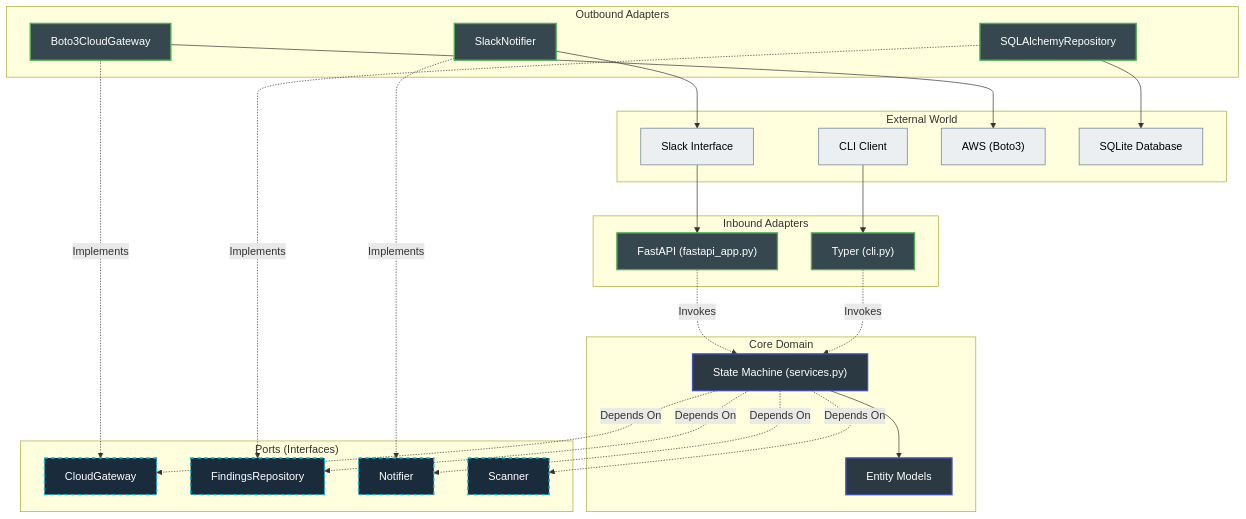
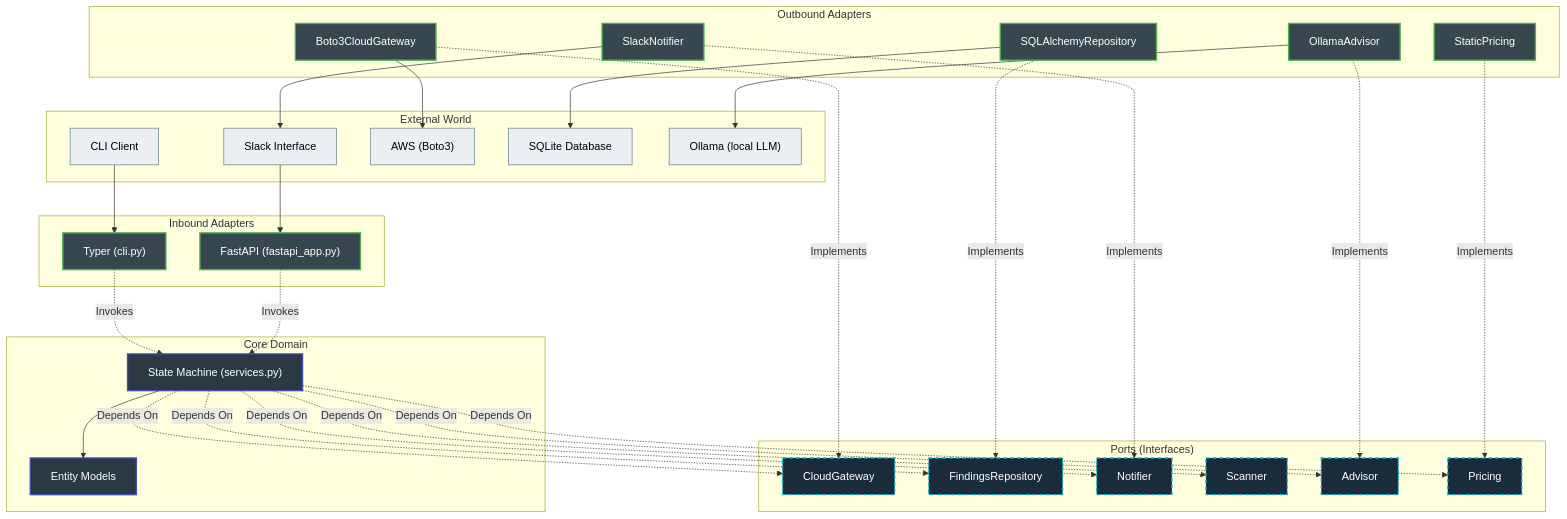
One commit to boazleleina/finops-sentinel changed the first of 2 diagrams in README.md. Above: the diagram before and after it, drawn with Mermaid. The commit also changed other lines of this file and 36 other files, not shown here.

Commit message:
feat: implement Phase 4 Part A (Ollama Advisor & ec2_idle scanner)

````diff
--- a/README.md
+++ b/README.md
@@ -19,61 +19,71 @@
 ```mermaid
 flowchart TD
     %% Define Styles
     classDef core fill:#2b3a42,stroke:#3f51b5,stroke-width:2px,color:#fff
     classDef port fill:#1a2b3c,stroke:#00bcd4,stroke-width:2px,color:#fff,stroke-dasharray: 5 5
     classDef adapter fill:#37474f,stroke:#4caf50,stroke-width:2px,color:#fff
     classDef external fill:#eceff1,stroke:#607d8b,stroke-width:1px,color:#000
 
     subgraph External["External World"]
         CLI["CLI Client"]:::external
         SlackWeb["Slack Interface"]:::external
         AWS["AWS (Boto3)"]:::external
         SQLite["SQLite Database"]:::external
+        Ollama["Ollama (local LLM)"]:::external
     end
 
     subgraph Adapters["Inbound Adapters"]
         Typer["Typer (cli.py)"]:::adapter
         FastAPI["FastAPI (fastapi_app.py)"]:::adapter
     end
 
     subgraph Ports["Ports (Interfaces)"]
         CloudGateway["CloudGateway"]:::port
         FindingsRepo["FindingsRepository"]:::port
         Notifier["Notifier"]:::port
         ScannerPort["Scanner"]:::port
+        AdvisorPort["Advisor"]:::port
+        PricingPort["Pricing"]:::port
     end
 
     subgraph Domain["Core Domain"]
         Models["Entity Models"]:::core
         Services["State Machine (services.py)"]:::core
     end
 
     subgraph OutboundAdapters["Outbound Adapters"]
         BotoAdapter["Boto3CloudGateway"]:::adapter
         SQLAdapter["SQLAlchemyRepository"]:::adapter
         SlackAdapter["SlackNotifier"]:::adapter
+        OllamaAdapter["OllamaAdvisor"]:::adapter
+        PricingAdapter["StaticPricing"]:::adapter
     end
 
     %% Inbound Flow
     CLI --> Typer
     SlackWeb --> FastAPI
     Typer -.->|Invokes| Services
     FastAPI -.->|Invokes| Services
 
     %% Domain Flow
     Services --> Models
     Services -.->|Depends On| CloudGateway
     Services -.->|Depends On| FindingsRepo
     Services -.->|Depends On| Notifier
     Services -.->|Depends On| ScannerPort
+    Services -.->|Depends On| AdvisorPort
+    Services -.->|Depends On| PricingPort
 
     %% Outbound Implementation
     BotoAdapter -.->|Implements| CloudGateway
     SQLAdapter -.->|Implements| FindingsRepo
     SlackAdapter -.->|Implements| Notifier
+    OllamaAdapter -.->|Implements| AdvisorPort
+    PricingAdapter -.->|Implements| PricingPort
 
     %% Outbound Flow
     BotoAdapter --> AWS
     SQLAdapter --> SQLite
     SlackAdapter --> SlackWeb
+    OllamaAdapter --> Ollama
 ```
````
